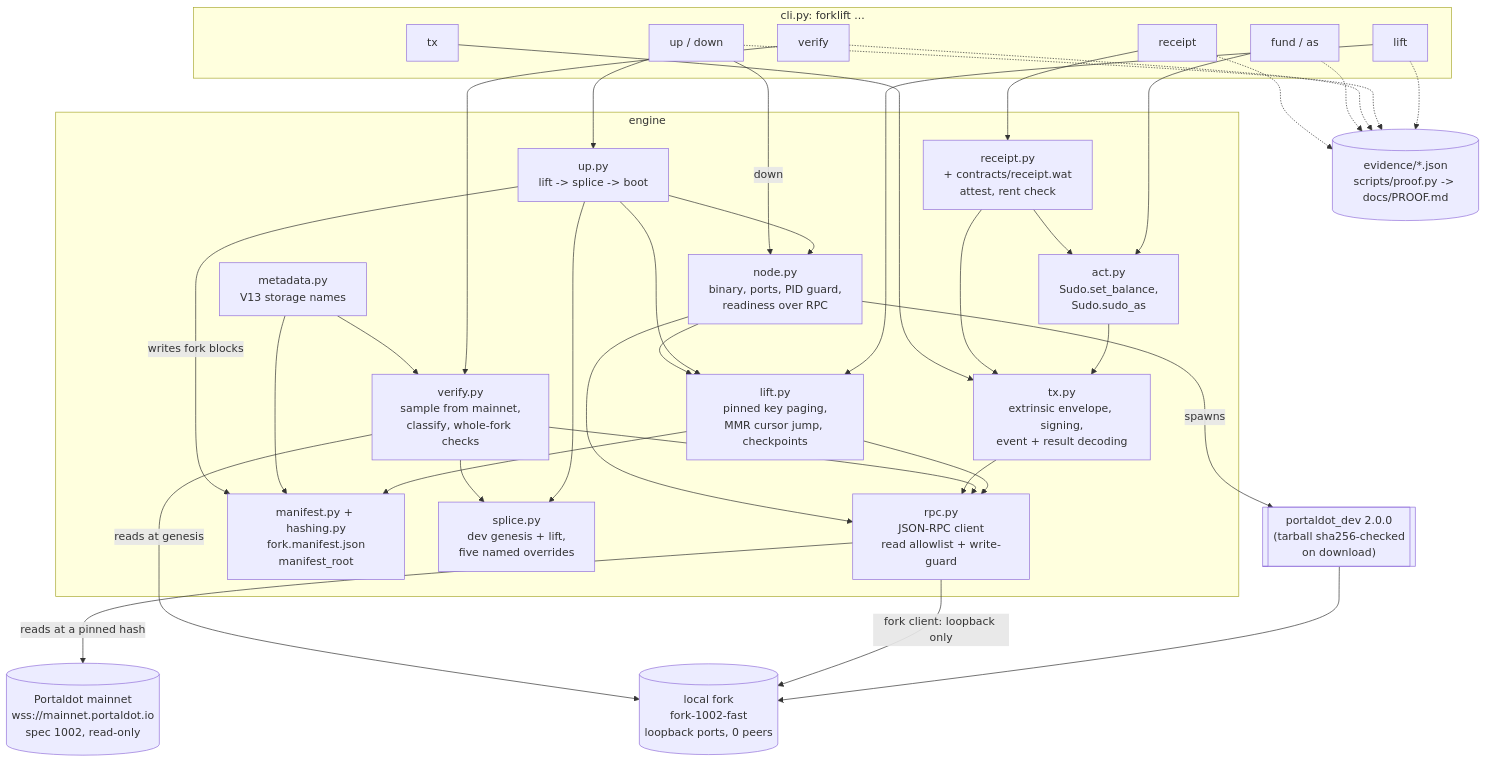
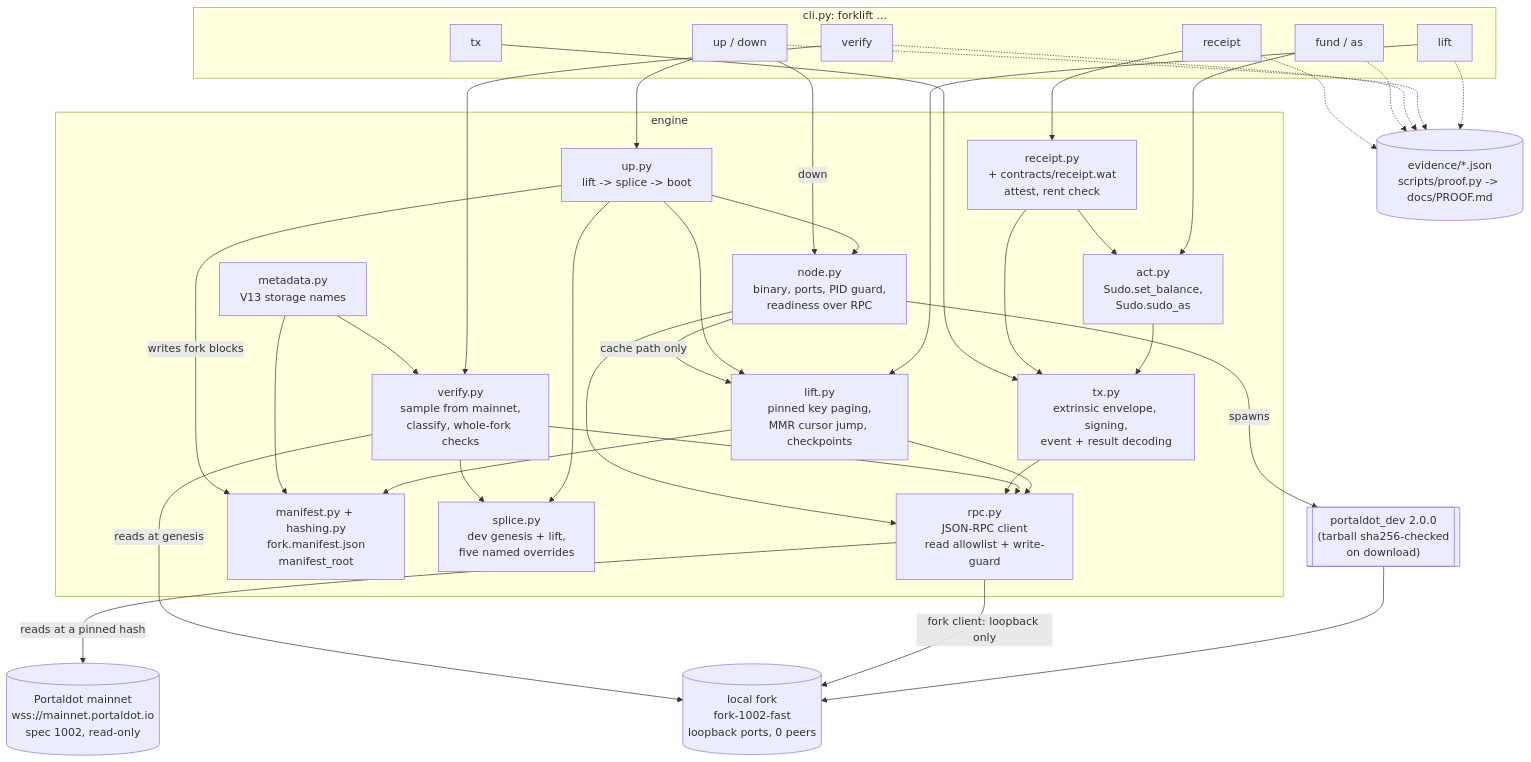
The diagram in ARCHITECTURE.md (edycutjong/portaldot-hackathon-2026-forklift-edycu), drawn with Mermaid before and after one commit. The commit also changed other lines of this file and 3 other files, not shown here.

````diff
--- a/ARCHITECTURE.md
+++ b/ARCHITECTURE.md
@@ -13,61 +13,61 @@
 ```mermaid
 flowchart TB
     MN[("Portaldot mainnet\nwss://mainnet.portaldot.io\nspec 1002, read-only")]
     BIN[["portaldot_dev 2.0.0\n(tarball sha256-checked\non download)"]]
     FORK[("local fork\nfork-1002-fast\nloopback ports, 0 peers")]
 
     subgraph cli["cli.py: forklift ..."]
       C_LIFT["lift"]
       C_UP["up / down"]
       C_VER["verify"]
       C_ACT["fund / as"]
       C_REC["receipt"]
       C_TX["tx"]
     end
 
     subgraph engine["engine"]
       RPC["rpc.py\nJSON-RPC client\nread allowlist + write-guard"]
       LIFT["lift.py\npinned key paging,\nMMR cursor jump, checkpoints"]
       META["metadata.py\nV13 storage names"]
       MAN["manifest.py + hashing.py\nfork.manifest.json\nmanifest_root"]
       SPL["splice.py\ndev genesis + lift,\nfive named overrides"]
       NODE["node.py\nbinary, ports, PID guard,\nreadiness over RPC"]
       UP["up.py\nlift -> splice -> boot"]
       VER["verify.py\nsample from mainnet,\nclassify, whole-fork checks"]
       TX["tx.py\nextrinsic envelope, signing,\nevent + result decoding"]
       ACT["act.py\nSudo.set_balance,\nSudo.sudo_as"]
       REC["receipt.py\n+ contracts/receipt.wat\nattest, rent check"]
     end
 
     EV[("evidence/*.json\nscripts/proof.py -> docs/PROOF.md")]
 
     C_LIFT --> LIFT
     C_UP --> UP --> LIFT
     UP --> SPL
     UP --> NODE
     C_UP -- "down" --> NODE
     C_VER --> VER
     C_ACT --> ACT --> TX
     C_REC --> REC --> TX
     C_TX --> TX
     LIFT --> RPC
     VER --> RPC
     TX --> RPC
     NODE --> RPC
     LIFT --> MAN
     META --> MAN
     META --> VER
     UP -- "writes fork blocks" --> MAN
     VER --> SPL
-    NODE --> LIFT
+    NODE -- "cache path only" --> LIFT
     REC --> ACT
     RPC -- "reads at a pinned hash" --> MN
     NODE -- "spawns" --> BIN --> FORK
     RPC -- "fork client: loopback only" --> FORK
     VER -- "reads at genesis" --> FORK
     C_LIFT -.-> EV
     C_UP -.-> EV
     C_VER -.-> EV
     C_ACT -.-> EV
     C_REC -.-> EV
 ```
````
